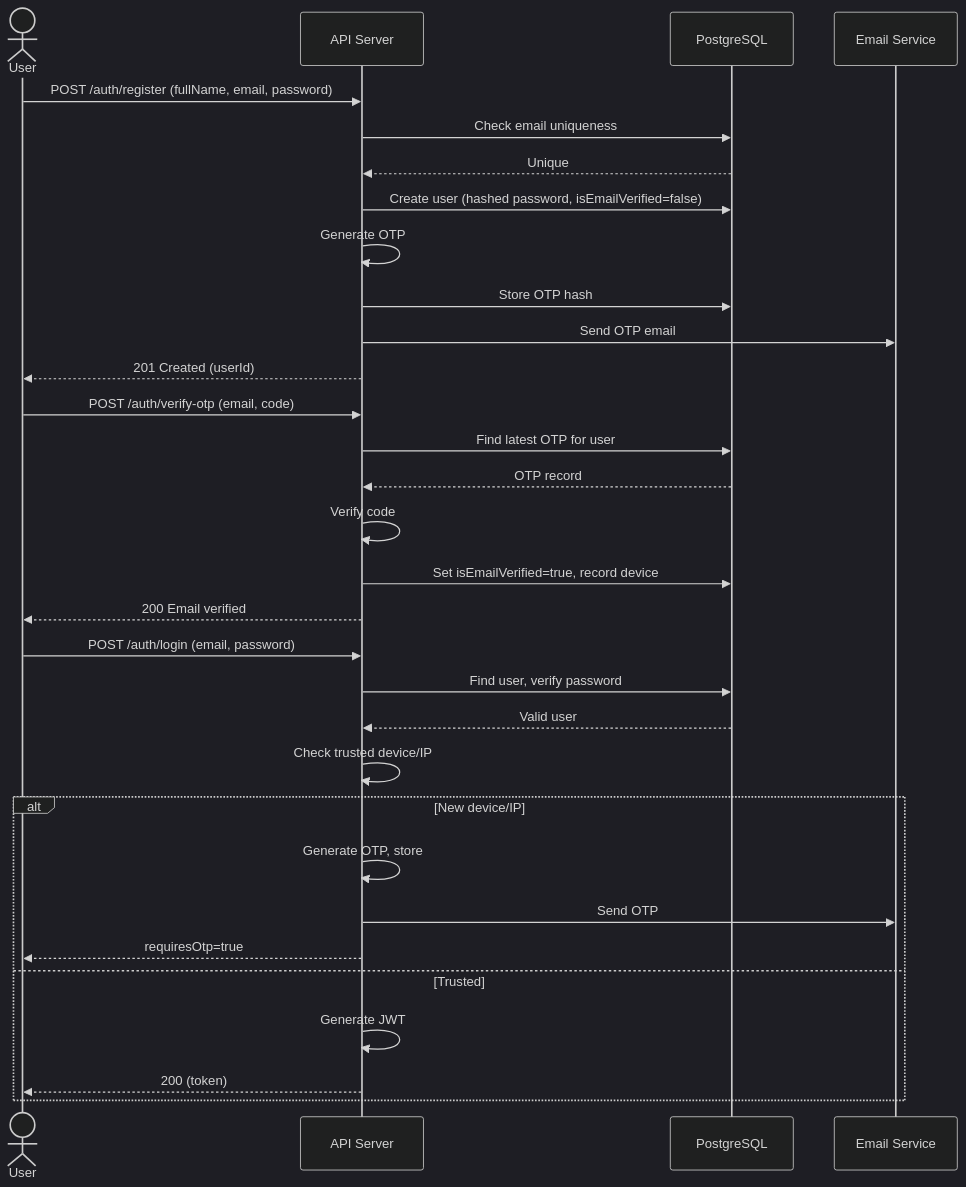
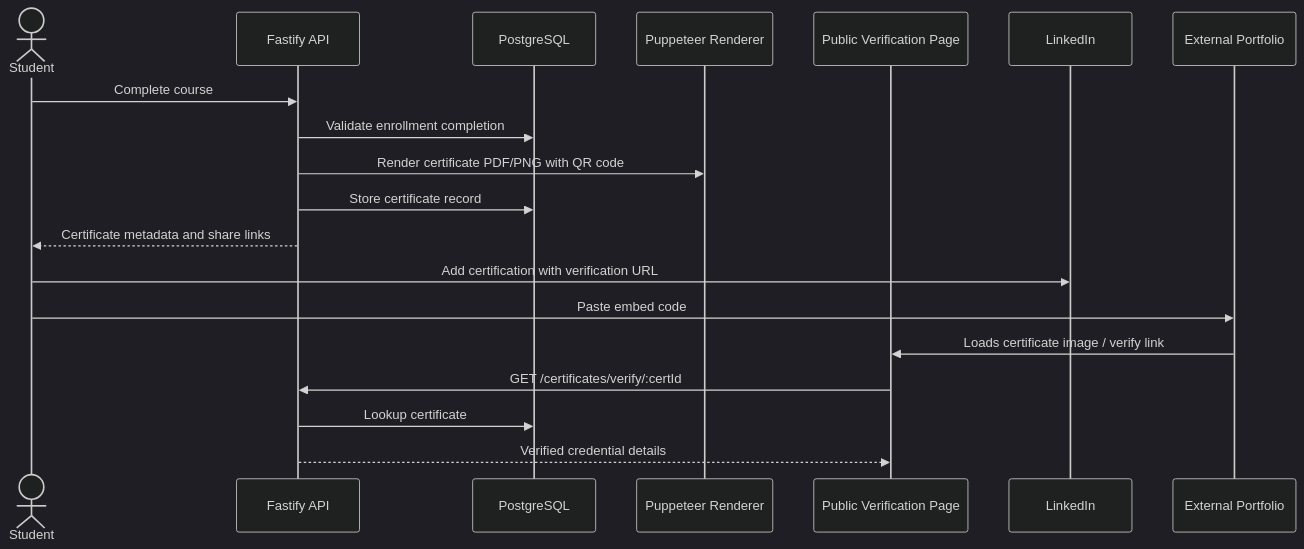
One commit to oyinlola-tech/LMS changed the third of 8 diagrams in README.md. Above: the diagram before and after it, drawn with Mermaid (dark theme). The commit also changed other lines of this file, not shown here.

````diff
--- a/README.md
+++ b/README.md
@@ -114,36 +96,23 @@
 ```mermaid
 sequenceDiagram
-    actor User
-    participant API as API Server
+    actor Student
+    participant API as Fastify API
     participant DB as PostgreSQL
-    participant SMTP as Email Service
+    participant Render as Puppeteer Renderer
+    participant Public as Public Verification Page
+    participant LinkedIn as LinkedIn
+    participant Portfolio as External Portfolio
 
-    User->>API: POST /auth/register (fullName, email, password)
-    API->>DB: Check email uniqueness
-    DB-->>API: Unique
-    API->>DB: Create user (hashed password, isEmailVerified=false)
-    API->>API: Generate OTP
-    API->>DB: Store OTP hash
-    API->>SMTP: Send OTP email
-    API-->>User: 201 Created (userId)
+    Student->>API: Complete course
+    API->>DB: Validate enrollment completion
+    API->>Render: Render certificate PDF/PNG with QR code
+    API->>DB: Store certificate record
+    API-->>Student: Certificate metadata and share links
 
-    User->>API: POST /auth/verify-otp (email, code)
-    API->>DB: Find latest OTP for user
-    DB-->>API: OTP record
-    API->>API: Verify code
-    API->>DB: Set isEmailVerified=true, record device
-    API-->>User: 200 Email verified
-
-    User->>API: POST /auth/login (email, password)
-    API->>DB: Find user, verify password
-    DB-->>API: Valid user
-    API->>API: Check trusted device/IP
-    alt New device/IP
-        API->>API: Generate OTP, store
-        API->>SMTP: Send OTP
-        API-->>User: requiresOtp=true
-    else Trusted
-        API->>API: Generate JWT
-        API-->>User: 200 (token)
-    end
+    Student->>LinkedIn: Add certification with verification URL
+    Student->>Portfolio: Paste embed code
+    Portfolio->>Public: Loads certificate image / verify link
+    Public->>API: GET /certificates/verify/:certId
+    API->>DB: Lookup certificate
+    API-->>Public: Verified credential details
 ```
````
